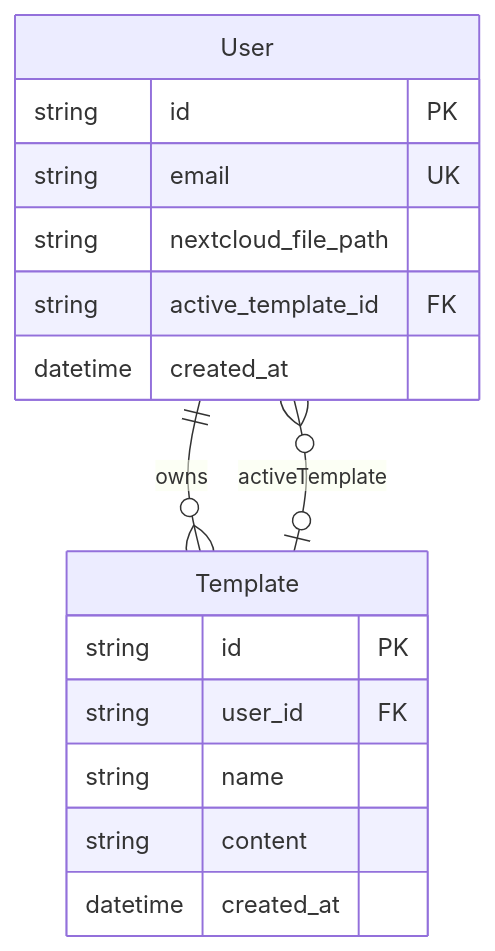
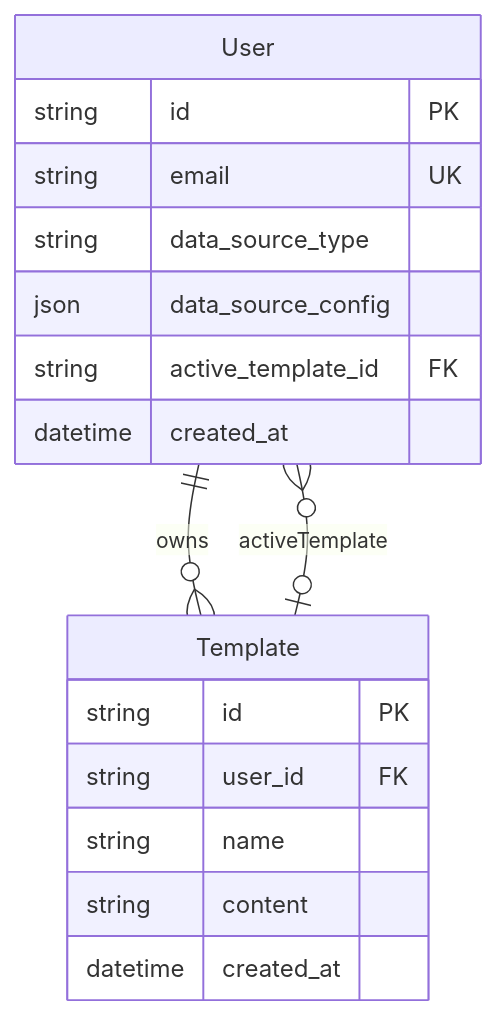
Before and after one commit to PatrykS-ORG/expenses-tracking-backend: the diagram in docs/database.md, drawn with Mermaid. The commit also changed other lines of this file and 33 other files, not shown here.

````diff
--- a/docs/database.md
+++ b/docs/database.md
@@ -43,19 +76,20 @@
 ```mermaid
 erDiagram
   User ||--o{ Template : owns
   User }o--o| Template : activeTemplate
   User {
     string id PK
     string email UK
-    string nextcloud_file_path
+    string data_source_type
+    json data_source_config
     string active_template_id FK
     datetime created_at
   }
   Template {
     string id PK
     string user_id FK
     string name
     string content
     datetime created_at
   }
 ```
````
